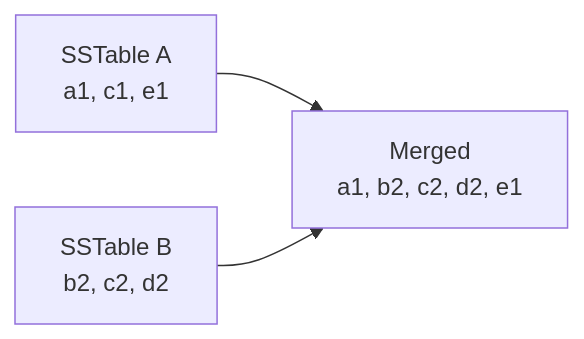
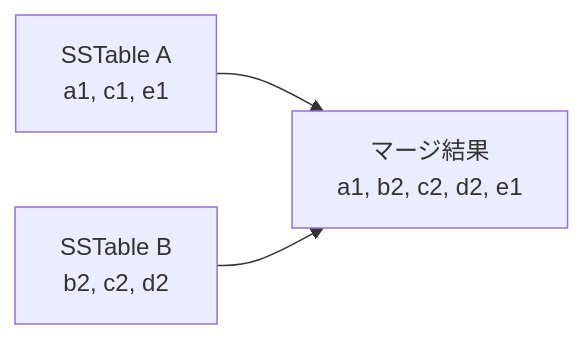
One commit to hirunebot/database-systems-book changed the sixth of 6 diagrams in src/content/docs/02-storage/05-hash-and-lsm.md. Above: the diagram before and after it, drawn with Mermaid. The commit also changed other lines of this file and 42 other files, not shown here.

````diff
--- a/src/content/docs/02-storage/05-hash-and-lsm.md
+++ b/src/content/docs/02-storage/05-hash-and-lsm.md
@@ -189,8 +189,8 @@
 ```mermaid
 flowchart LR
     A["SSTable A<br/>a1, c1, e1"]
     B["SSTable B<br/>b2, c2, d2"]
-    C["Merged<br/>a1, b2, c2, d2, e1"]
+    C["マージ結果<br/>a1, b2, c2, d2, e1"]
     A --> C
     B --> C
 ```
````
